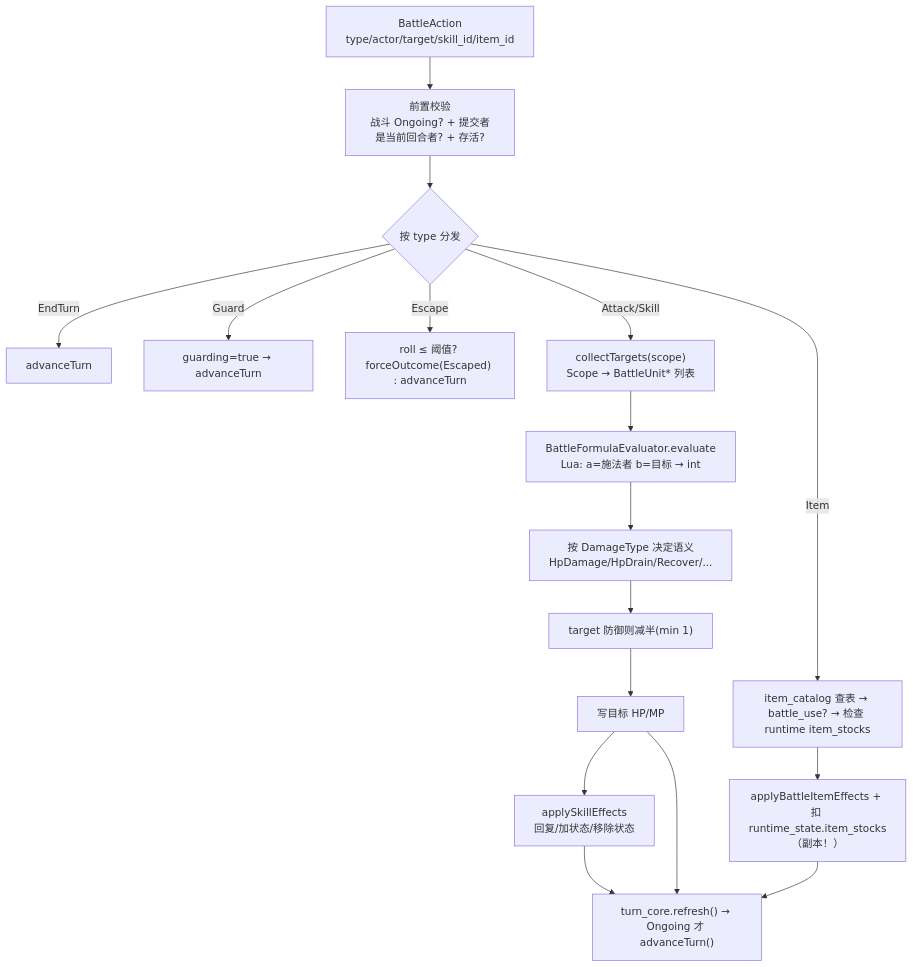
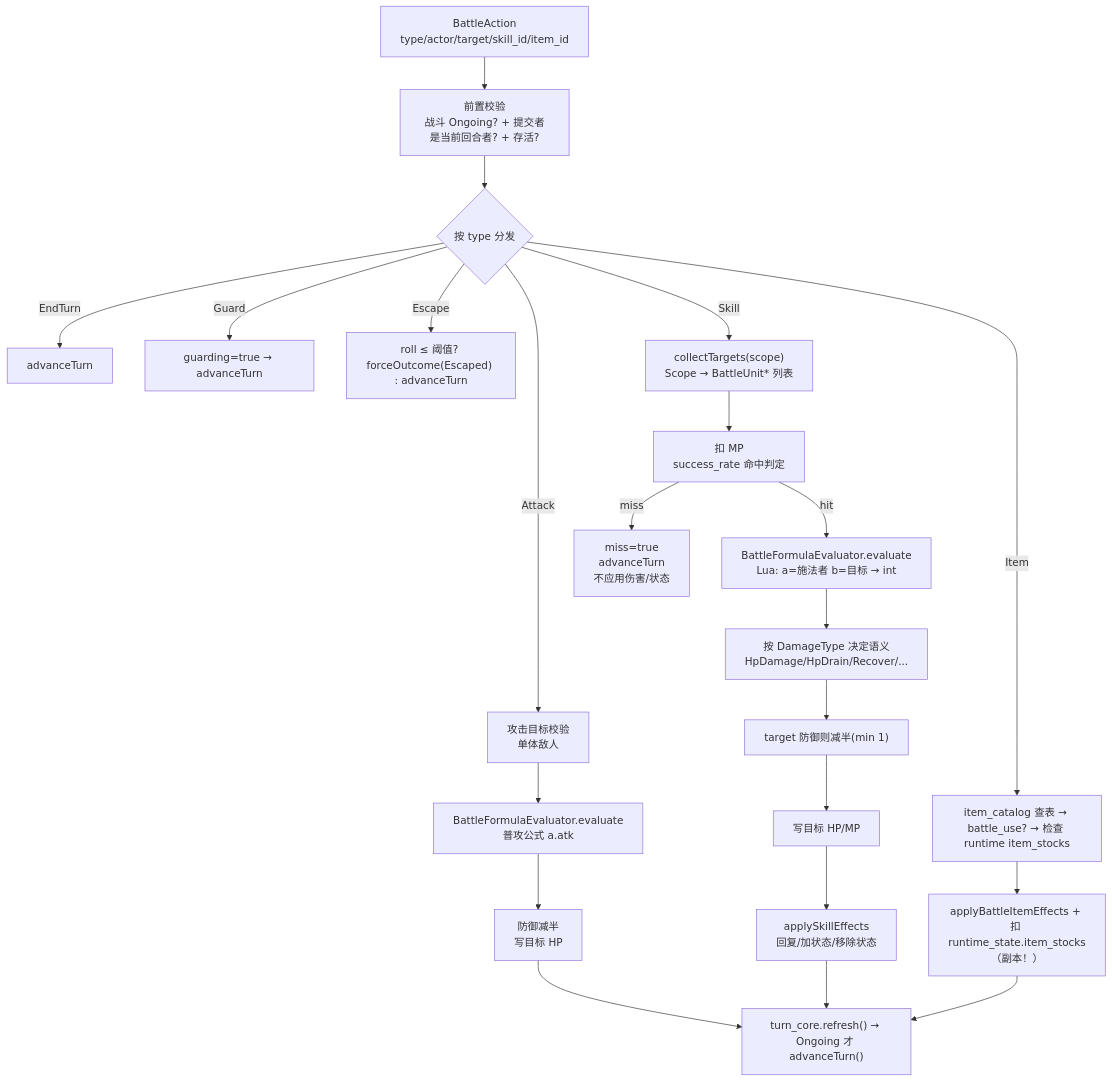
One commit to WispSnow/TinyFarmRPG changed the diagram in lecture_plans/lectures/17-战斗动作解析.md. Above: the diagram before and after it, drawn with Mermaid. The commit also changed other lines of this file and 5 other files, not shown here.

````diff
--- a/lecture_plans/lectures/17-战斗动作解析.md
+++ b/lecture_plans/lectures/17-战斗动作解析.md
@@ -48,24 +50,30 @@
 ```mermaid
 flowchart TD
     ACT["BattleAction<br/>type/actor/target/skill_id/item_id"] --> PRE["前置校验<br/>战斗 Ongoing? + 提交者是当前回合者? + 存活?"]
     PRE --> SW{"按 type 分发"}
 
     SW -->|EndTurn| ADV0["advanceTurn"]
     SW -->|Guard| G["guarding=true → advanceTurn"]
     SW -->|Escape| ESC["roll ≤ 阈值? forceOutcome(Escaped) : advanceTurn"]
 
-    SW -->|Attack/Skill| TGT["collectTargets(scope)<br/>Scope → BattleUnit* 列表"]
+    SW -->|Attack| ATK["攻击目标校验<br/>单体敌人"]
+    SW -->|Skill| TGT["collectTargets(scope)<br/>Scope → BattleUnit* 列表"]
     SW -->|Item| ITM["item_catalog 查表 → battle_use? → 检查 runtime item_stocks"]
 
-    TGT --> FORM["BattleFormulaEvaluator.evaluate<br/>Lua: a=施法者 b=目标 → int"]
+    ATK --> AFORM["BattleFormulaEvaluator.evaluate<br/>普攻公式 a.atk"]
+    AFORM --> ADMG["防御减半<br/>写目标 HP"]
+    ADMG --> FIN["turn_core.refresh() → Ongoing 才 advanceTurn()"]
+
+    TGT --> COST["扣 MP<br/>success_rate 命中判定"]
+    COST -->|miss| MISS["miss=true<br/>advanceTurn<br/>不应用伤害/状态"]
+    COST -->|hit| FORM["BattleFormulaEvaluator.evaluate<br/>Lua: a=施法者 b=目标 → int"]
     FORM --> DTYPE["按 DamageType 决定语义<br/>HpDamage/HpDrain/Recover/..."]
     DTYPE --> GUARD["target 防御则减半(min 1)"]
     GUARD --> WHP["写目标 HP/MP"]
     WHP --> EFF["applySkillEffects<br/>回复/加状态/移除状态"]
 
     ITM --> IEFF["applyBattleItemEffects + 扣 runtime_state.item_stocks（副本！）"]
 
-    EFF --> FIN["turn_core.refresh() → Ongoing 才 advanceTurn()"]
-    WHP --> FIN
+    EFF --> FIN
     IEFF --> FIN
 ```
````
